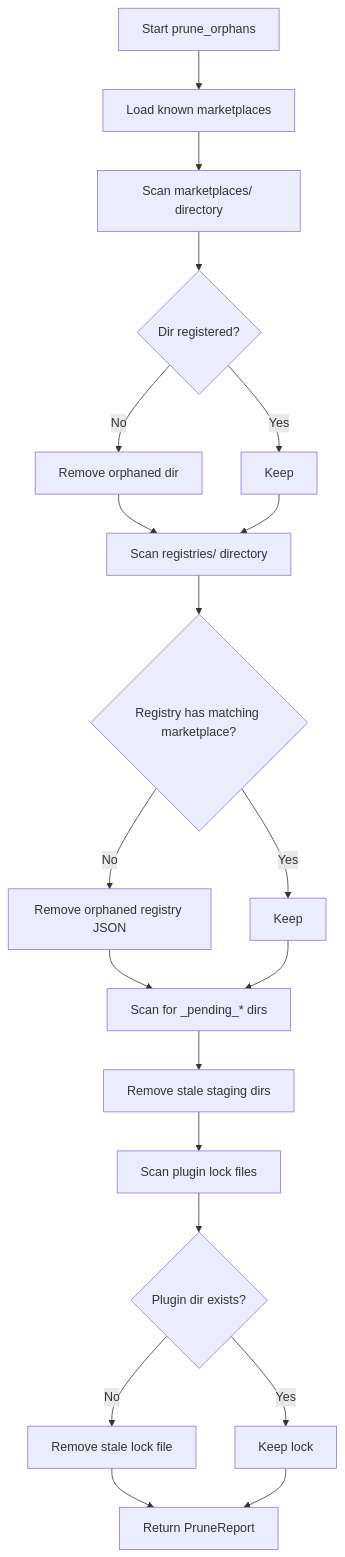
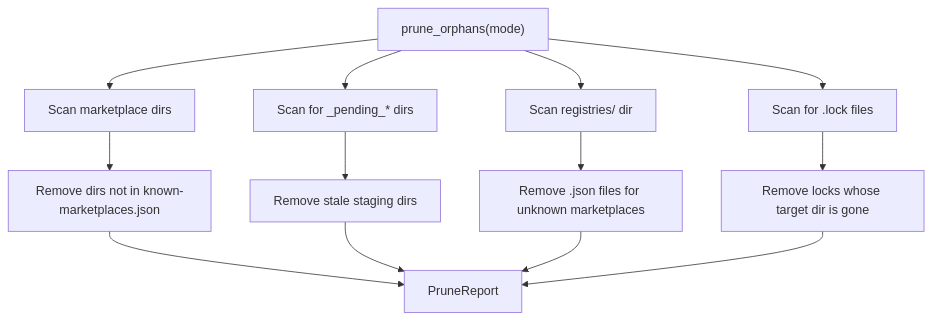
One commit to dwalleck/kiro-control-center changed the fifth of 7 diagrams in .agents/summary/workflows.md. Above: the diagram before and after it, drawn with Mermaid. The commit also changed other lines of this file and 9 other files, not shown here.

````diff
--- a/.agents/summary/workflows.md
+++ b/.agents/summary/workflows.md
@@ -119,22 +159,16 @@
 ```mermaid
 flowchart TD
-    A[Start prune_orphans] --> B[Load known marketplaces]
-    B --> C[Scan marketplaces/ directory]
-    C --> D{Dir registered?}
-    D -->|No| E[Remove orphaned dir]
-    D -->|Yes| F[Keep]
-    E --> G[Scan registries/ directory]
-    F --> G
-    G --> H{Registry has matching marketplace?}
-    H -->|No| I[Remove orphaned registry JSON]
-    H -->|Yes| J[Keep]
-    I --> K[Scan for _pending_* dirs]
-    J --> K
-    K --> L[Remove stale staging dirs]
-    L --> M[Scan plugin lock files]
-    M --> N{Plugin dir exists?}
-    N -->|No| O[Remove stale lock file]
-    N -->|Yes| P[Keep lock]
-    O --> Q[Return PruneReport]
-    P --> Q
+    Start["prune_orphans(mode)"] --> Dirs["Scan marketplace dirs"]
+    Dirs --> OrphanDirs["Remove dirs not in known-marketplaces.json"]
+    Start --> Staging["Scan for _pending_* dirs"]
+    Staging --> RemoveStaging["Remove stale staging dirs"]
+    Start --> Registries["Scan registries/ dir"]
+    Registries --> OrphanReg["Remove .json files for unknown marketplaces"]
+    Start --> Locks["Scan for .lock files"]
+    Locks --> StaleLocks["Remove locks whose target dir is gone"]
+    
+    OrphanDirs --> Report["PruneReport"]
+    RemoveStaging --> Report
+    OrphanReg --> Report
+    StaleLocks --> Report
 ```
````
